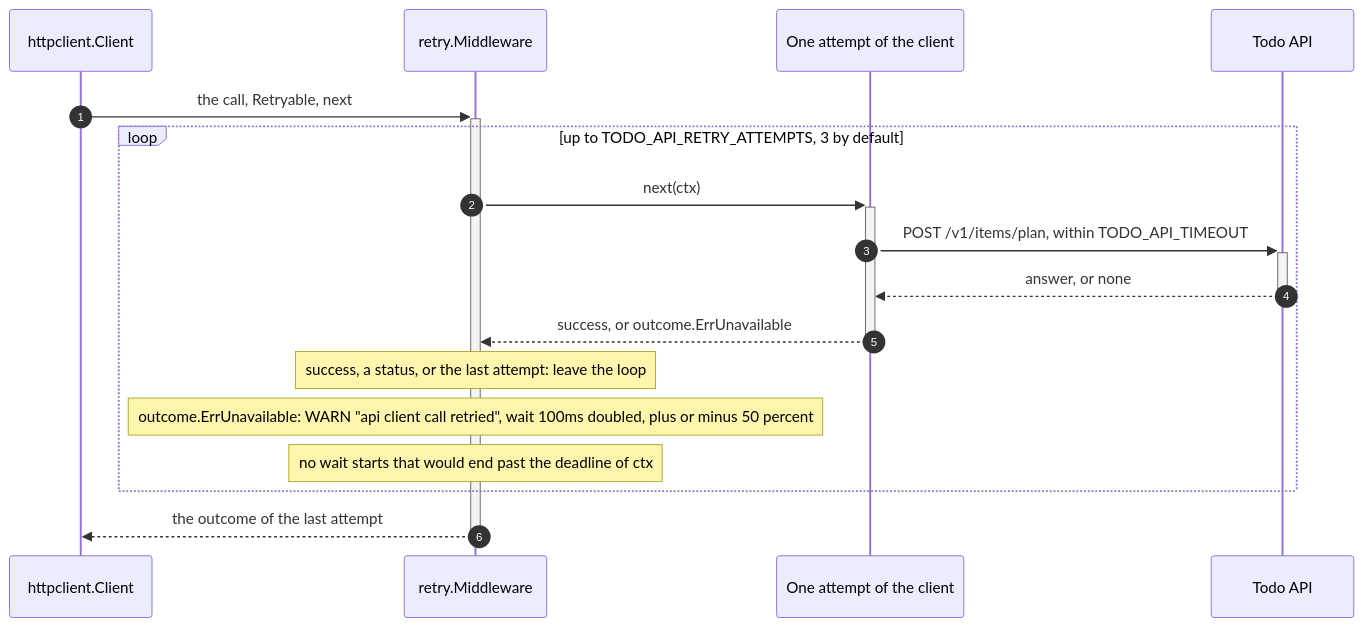
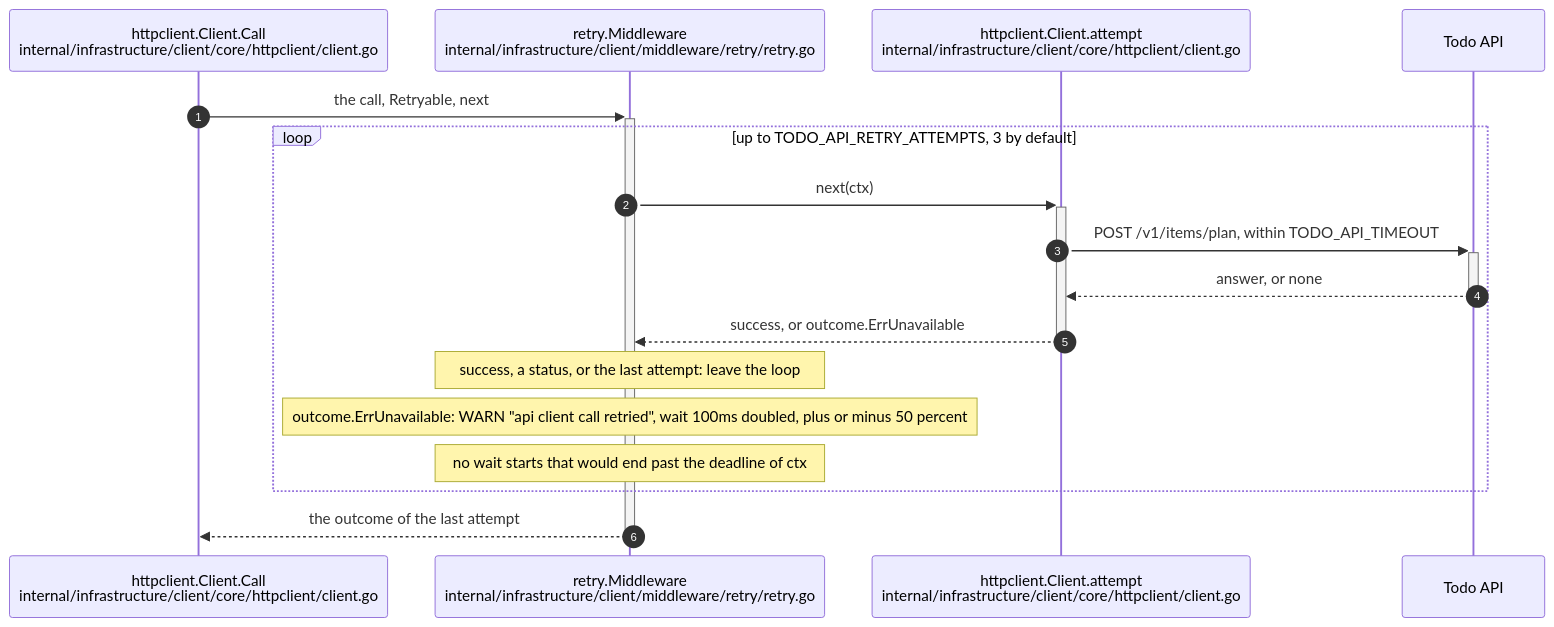
Before and after one commit to InsonusK/ai-skills: the diagram in library/architecture/go/vp-client-retry-in-go.skill/diagrams/example-flow.mmd, drawn with Mermaid. The commit also changed 9 other files, not shown here.

Commit message:
vp-diagrams: each participant of a sequence names its real class and its file

```diff
--- a/library/architecture/go/vp-client-retry-in-go.skill/diagrams/example-flow.mmd
+++ b/library/architecture/go/vp-client-retry-in-go.skill/diagrams/example-flow.mmd
@@ -1,18 +1,18 @@
 sequenceDiagram
     autonumber
-    participant Client as httpclient.Client
-    participant Retry as retry.Middleware
-    participant Attempt as One attempt of the client
+    participant Client as httpclient.Client.Call<br/>internal/infrastructure/client/core/httpclient/client.go
+    participant Retry as retry.Middleware<br/>internal/infrastructure/client/middleware/retry/retry.go
+    participant Attempt as httpclient.Client.attempt<br/>internal/infrastructure/client/core/httpclient/client.go
     participant API as Todo API
 
     Client->>+Retry: the call, Retryable, next
     loop up to TODO_API_RETRY_ATTEMPTS, 3 by default
         Retry->>+Attempt: next(ctx)
         Attempt->>+API: POST /v1/items/plan, within TODO_API_TIMEOUT
         API-->>-Attempt: answer, or none
         Attempt-->>-Retry: success, or outcome.ErrUnavailable
         Note over Retry: success, a status, or the last attempt: leave the loop
         Note over Retry: outcome.ErrUnavailable: WARN "api client call retried", wait 100ms doubled, plus or minus 50 percent
         Note over Retry: no wait starts that would end past the deadline of ctx
     end
     Retry-->>-Client: the outcome of the last attempt
```
